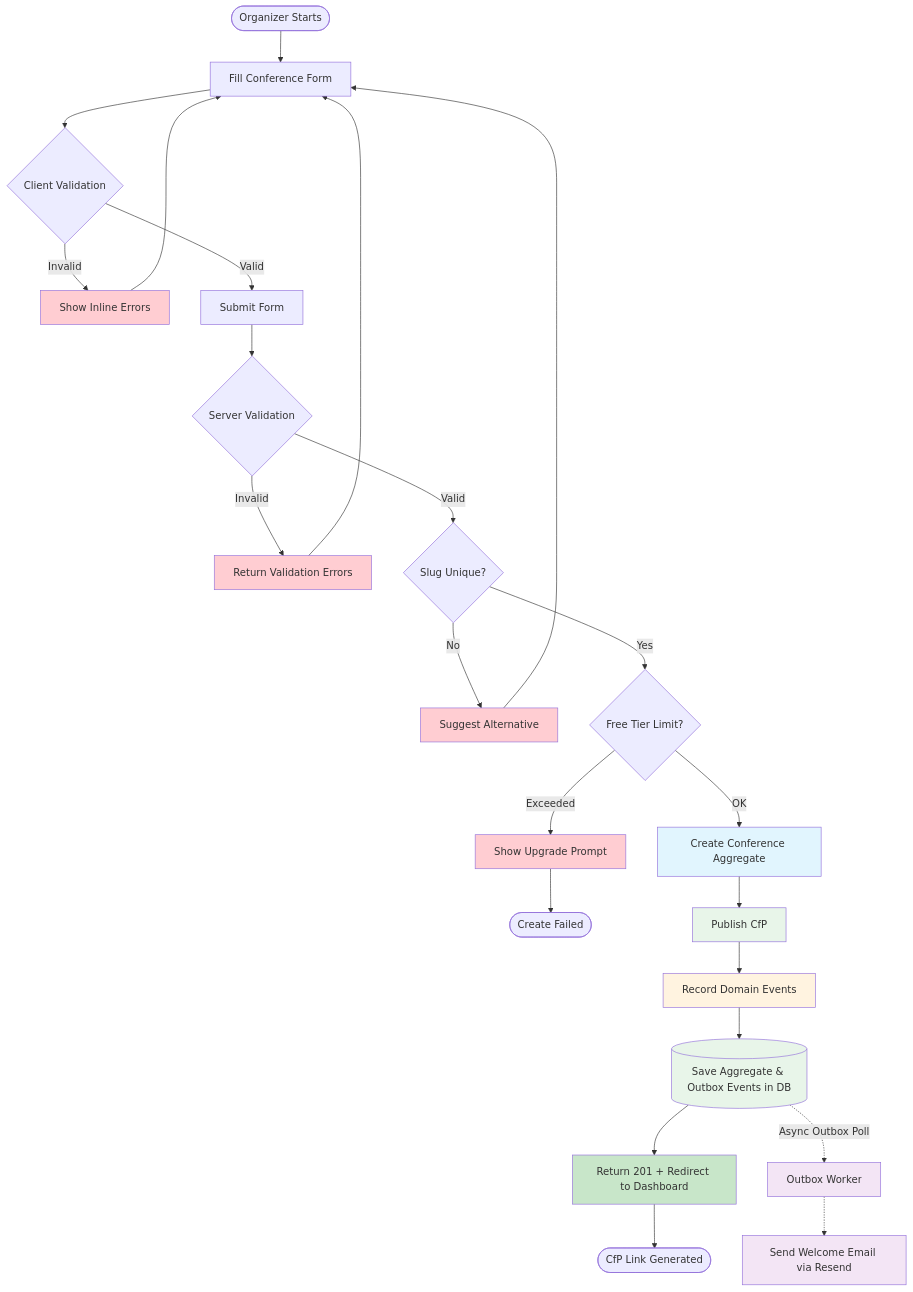
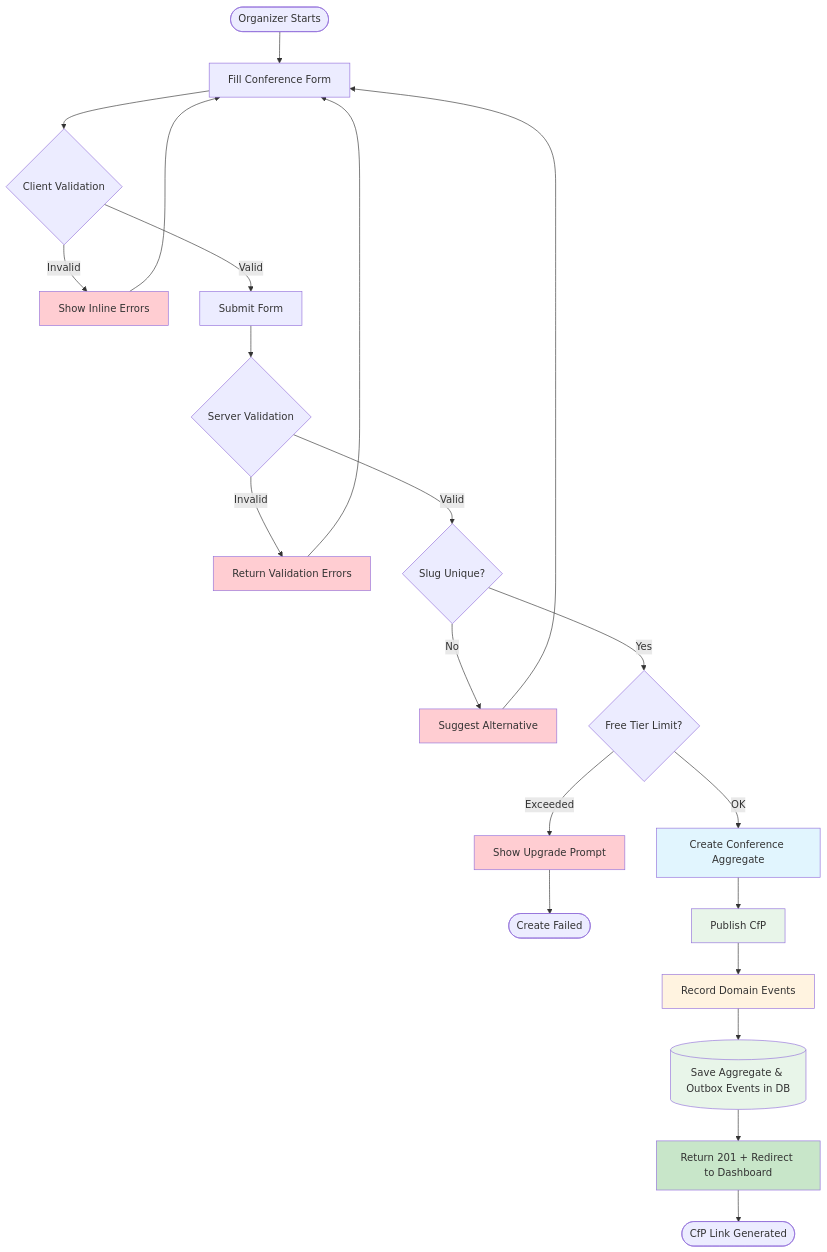
One commit to faparicior/SessioFlow changed the second of 3 diagrams in docs/product/bounded-contexts/conference/flows/journey-01-setup-conference.md. Above: the diagram before and after it, drawn with Mermaid. The commit also changed other lines of this file and 1 other file, not shown here.

Commit message:
docs: update conference bounded context README and setup journey flow to reflect Wave 1 implementation details

````diff
--- a/docs/product/bounded-contexts/conference/flows/journey-01-setup-conference.md
+++ b/docs/product/bounded-contexts/conference/flows/journey-01-setup-conference.md
@@ -291,46 +313,41 @@
 ```mermaid
 flowchart TB
     Start([Organizer Starts]) --> Form[Fill Conference Form]
     Form --> Validate{Client Validation}
     
     Validate -->|Invalid| Error1[Show Inline Errors]
     Error1 --> Form
     
     Validate -->|Valid| Submit[Submit Form]
     Submit --> ServerValidate{Server Validation}
     
     ServerValidate -->|Invalid| Error2[Return Validation Errors]
     Error2 --> Form
     
     ServerValidate -->|Valid| CheckSlug{Slug Unique?}
     CheckSlug -->|No| Error3[Suggest Alternative]
     Error3 --> Form
     
     CheckSlug -->|Yes| CheckTier{Free Tier Limit?}
     CheckTier -->|Exceeded| Error4[Show Upgrade Prompt]
     Error4 --> EndFail([Create Failed])
     
     CheckTier -->|OK| CreateConference[Create Conference Aggregate]
     CreateConference --> PublishCfp[Publish CfP]
     
     PublishCfp --> RecordEvents[Record Domain Events]
     RecordEvents --> SaveDB[(Save Aggregate & Outbox Events in DB)]
     
     SaveDB --> Success[Return 201 + Redirect to Dashboard]
     Success --> EndSuccess([CfP Link Generated])
     
-    SaveDB -.->|Async Outbox Poll| OutboxWorker[Outbox Worker]
-    OutboxWorker -.-> SendEmail[Send Welcome Email via Resend]
-    
     style CreateConference fill:#e1f5fe
     style PublishCfp fill:#e8f5e9
     style RecordEvents fill:#fff3e0
     style SaveDB fill:#e8f5e9
     style Success fill:#c8e6c9
-    style OutboxWorker fill:#f3e5f5
-    style SendEmail fill:#f3e5f5
     style Error1 fill:#ffcdd2
     style Error2 fill:#ffcdd2
     style Error3 fill:#ffcdd2
     style Error4 fill:#ffcdd2
 ```
````
